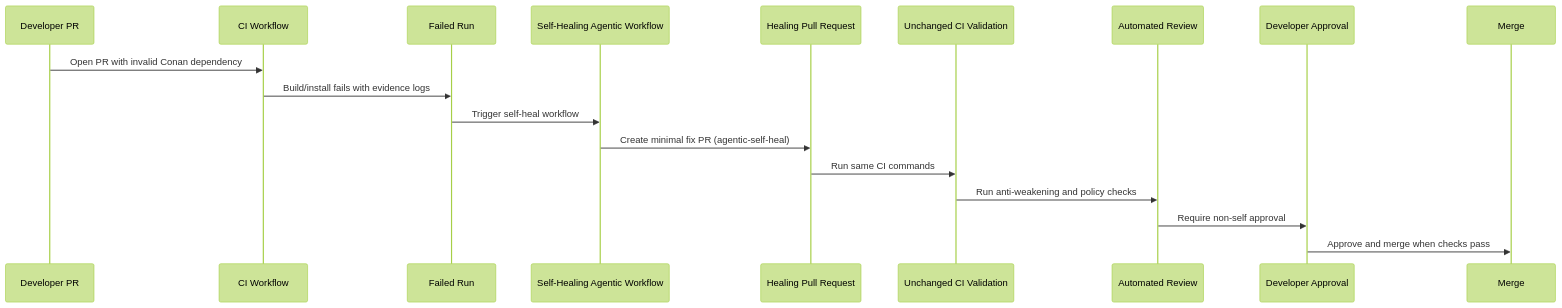
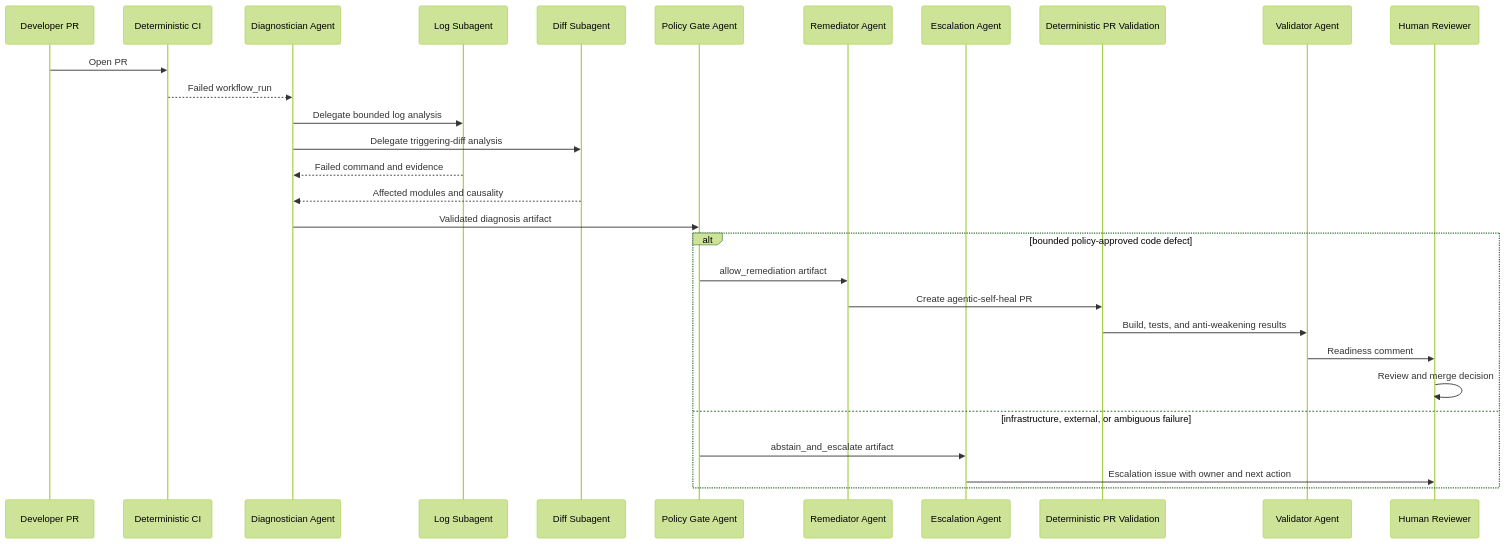
Before and after one commit to dvazqueb11/agentic_workflow: the diagram in docs/architecture.md, drawn with Mermaid (forest theme). The commit also changed other lines of this file and 39 other files, not shown here.

````diff
--- a/docs/architecture.md
+++ b/docs/architecture.md
@@ -3,21 +3,33 @@
 ```mermaid
 sequenceDiagram
     participant Dev as Developer PR
-    participant CI as CI Workflow
-    participant FR as Failed Run
-    participant SH as Self-Healing Agentic Workflow
-    participant HPR as Healing Pull Request
-    participant V as Unchanged CI Validation
-    participant AR as Automated Review
-    participant DA as Developer Approval
-    participant M as Merge
+    participant CI as Deterministic CI
+    participant D as Diagnostician Agent
+    participant LS as Log Subagent
+    participant DS as Diff Subagent
+    participant P as Policy Gate Agent
+    participant R as Remediator Agent
+    participant E as Escalation Agent
+    participant V as Deterministic PR Validation
+    participant A as Validator Agent
+    participant H as Human Reviewer
 
-    Dev->>CI: Open PR with invalid Conan dependency
-    CI->>FR: Build/install fails with evidence logs
-    FR->>SH: Trigger self-heal workflow
-    SH->>HPR: Create minimal fix PR (agentic-self-heal)
-    HPR->>V: Run same CI commands
-    V->>AR: Run anti-weakening and policy checks
-    AR->>DA: Require non-self approval
-    DA->>M: Approve and merge when checks pass
+    Dev->>CI: Open PR
+    CI-->>D: Failed workflow_run
+    D->>LS: Delegate bounded log analysis
+    D->>DS: Delegate triggering-diff analysis
+    LS-->>D: Failed command and evidence
+    DS-->>D: Affected modules and causality
+    D->>P: Validated diagnosis artifact
+
+    alt bounded policy-approved code defect
+        P->>R: allow_remediation artifact
+        R->>V: Create agentic-self-heal PR
+        V->>A: Build, tests, and anti-weakening results
+        A->>H: Readiness comment
+        H->>H: Review and merge decision
+    else infrastructure, external, or ambiguous failure
+        P->>E: abstain_and_escalate artifact
+        E->>H: Escalation issue with owner and next action
+    end
 ```
````
